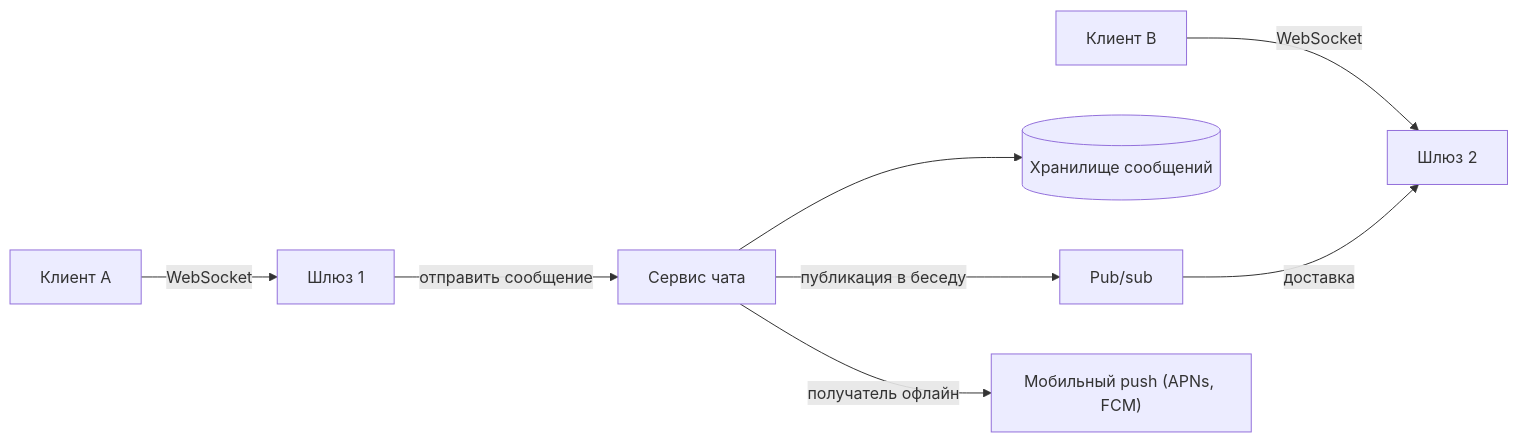
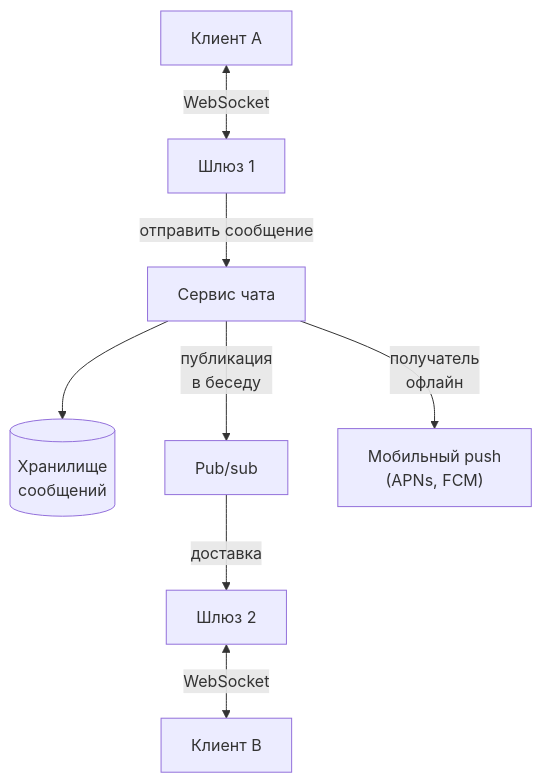
Before and after one commit to butyavk/system-design: the third of 3 diagrams in src/content/docs/ru/communication/api-styles.mdx, drawn with Mermaid. The commit also changed other lines of this file and 144 other files, not shown here.

````diff
--- a/src/content/docs/ru/communication/api-styles.mdx
+++ b/src/content/docs/ru/communication/api-styles.mdx
@@ -249,10 +249,10 @@
 ```mermaid
-flowchart LR
-  clientA["Клиент A"] -- "WebSocket" --> gw1["Шлюз 1"]
-  clientB["Клиент B"] -- "WebSocket" --> gw2["Шлюз 2"]
+flowchart TB
+  clientA["Клиент A"] <-- "WebSocket" --> gw1["Шлюз 1"]
   gw1 -- "отправить сообщение" --> chat["Сервис чата"]
-  chat --> store[("Хранилище сообщений")]
-  chat -- "публикация в беседу" --> bus["Pub/sub"]
-  bus -- "доставка" --> gw2
-  chat -- "получатель офлайн" --> push["Мобильный push (APNs, FCM)"]
+  chat --> store[("Хранилище<br/>сообщений")]
+  chat -- "публикация<br/>в беседу" --> bus["Pub/sub"]
+  chat -- "получатель<br/>офлайн" --> push["Мобильный push<br/>(APNs, FCM)"]
+  bus -- "доставка" --> gw2["Шлюз 2"]
+  gw2 <-- "WebSocket" --> clientB["Клиент B"]
 ```
````
